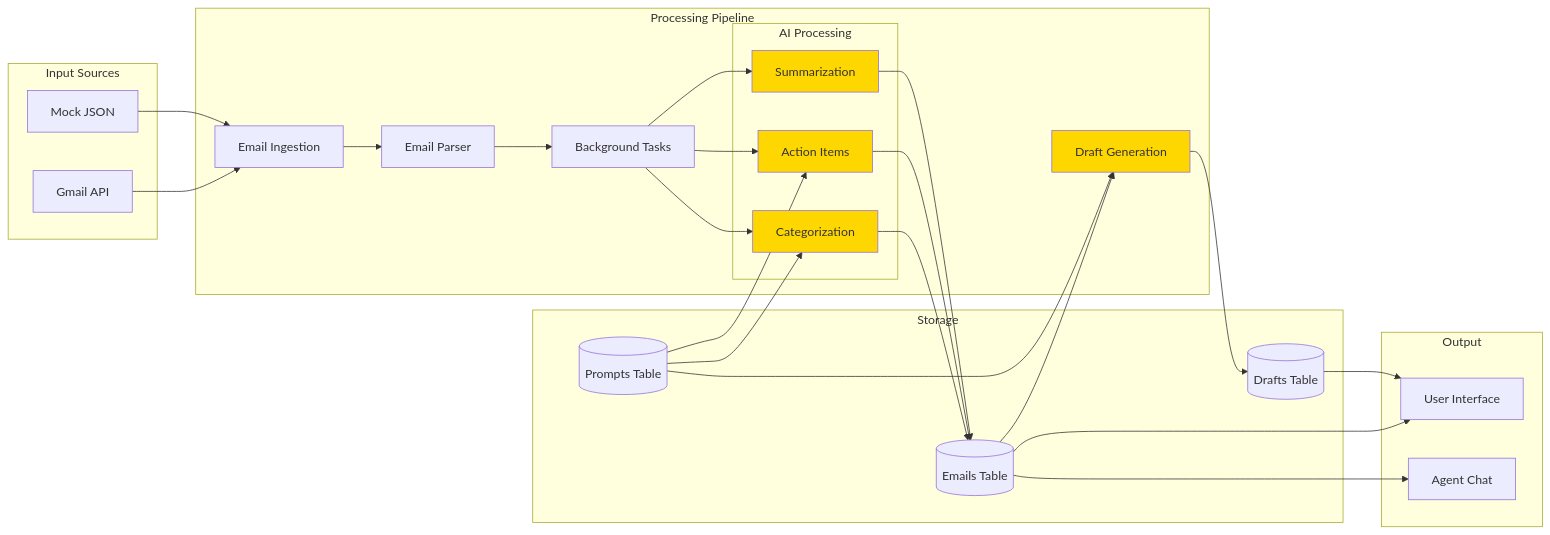
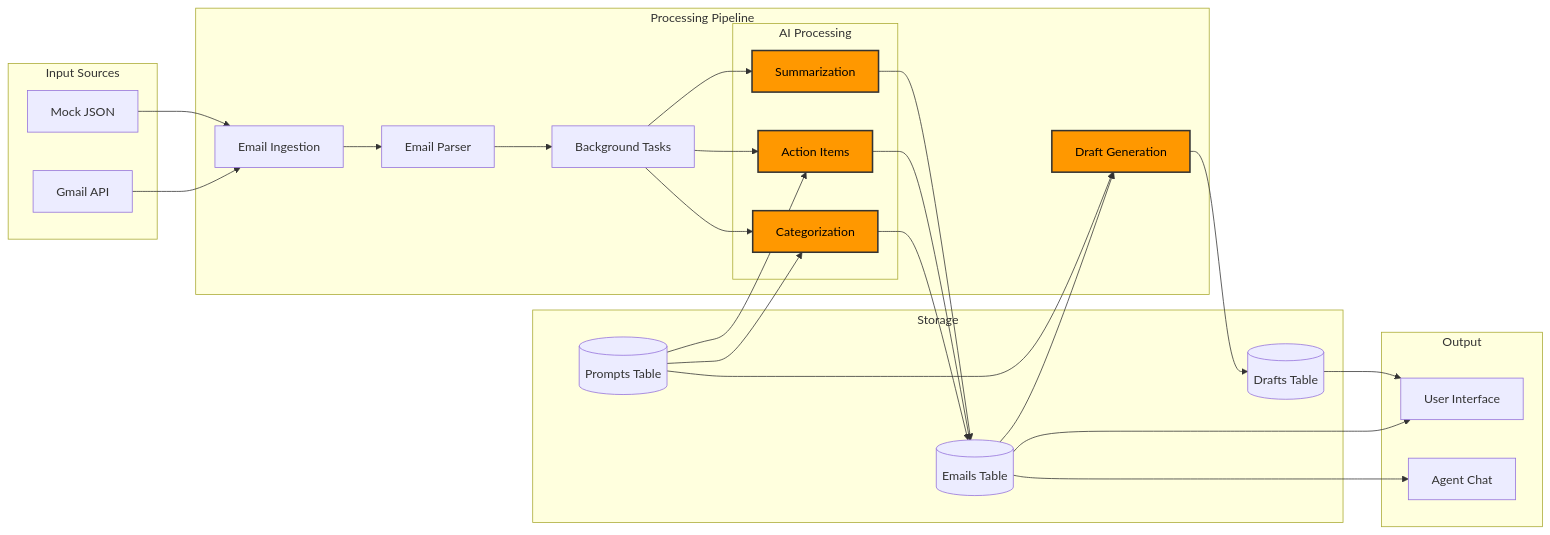
One commit to srirammente/email-agent changed the third of 6 diagrams in README.md. Above: the diagram before and after it, drawn with Mermaid. The commit also changed other lines of this file, not shown here.

Commit message:
force diagram cache refresh

````diff
--- a/README.md
+++ b/README.md
@@ -104,56 +104,57 @@
 ```mermaid
+%% Updated diagram with better color visibility
 flowchart LR
     subgraph "Input Sources"
         Gmail[Gmail API]
         Mock[Mock JSON]
     end
     
     subgraph "Processing Pipeline"
         Ingest[Email Ingestion]
         Parse[Email Parser]
         Queue[Background Tasks]
         
         subgraph "AI Processing"
             Cat[Categorization]
             Act[Action Items]
             Sum[Summarization]
         end
         
         Draft[Draft Generation]
     end
     
     subgraph "Storage"
         EmailDB[(Emails Table)]
         DraftDB[(Drafts Table)]
         PromptDB[(Prompts Table)]
     end
     
     subgraph "Output"
         UI[User Interface]
         Chat[Agent Chat]
     end
     
     Gmail --> Ingest
     Mock --> Ingest
     Ingest --> Parse
     Parse --> Queue
     Queue --> Cat
     Queue --> Act
     Queue --> Sum
     Cat --> EmailDB
     Act --> EmailDB
     Sum --> EmailDB
     EmailDB --> UI
     EmailDB --> Draft
     Draft --> DraftDB
     DraftDB --> UI
     PromptDB --> Cat
     PromptDB --> Act
     PromptDB --> Draft
     EmailDB --> Chat
     
-    style Cat fill:#ffd700
-    style Act fill:#ffd700
-    style Sum fill:#ffd700
-    style Draft fill:#ffd700
+    style Cat fill:#ff9800,stroke:#333,stroke-width:2px,color:#000
+    style Act fill:#ff9800,stroke:#333,stroke-width:2px,color:#000
+    style Sum fill:#ff9800,stroke:#333,stroke-width:2px,color:#000
+    style Draft fill:#ff9800,stroke:#333,stroke-width:2px,color:#000
 ```
````
